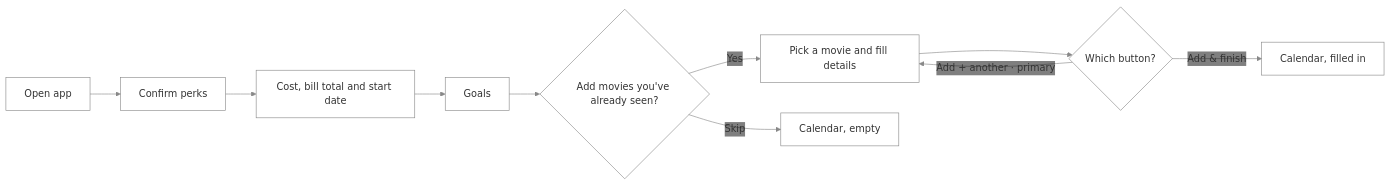
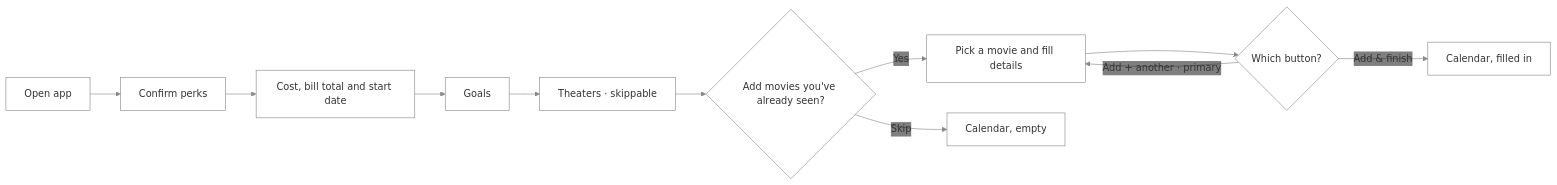
Diagram 19 of 25 in src/apps/a-list/UX.md (NovaMoonX/moondreams-dev-apps), drawn with Mermaid before and after one commit. The commit also changed other lines of this file and 34 other files, not shown here.

````diff
--- a/src/apps/a-list/UX.md
+++ b/src/apps/a-list/UX.md
@@ -604,10 +605,10 @@
 ```mermaid
 %%{init: {'theme': 'base', 'themeVariables': {'primaryColor': 'transparent', 'clusterBkg': 'transparent', 'primaryBorderColor': '#888888', 'clusterBorder': '#888888', 'lineColor': '#888888', 'primaryTextColor': '#333333'}}}%%
 flowchart LR
-    A[Open app] --> B[Confirm perks] --> C["Cost, bill total and start date"] --> D[Goals]
-    D --> G{Add movies you've already seen?}
+    A[Open app] --> B[Confirm perks] --> C["Cost, bill total and start date"] --> D[Goals] --> T["Theaters · skippable"]
+    T --> G{Add movies you've already seen?}
     G -->|Yes| H[Pick a movie and fill details] --> I{Which button?}
     I -->|"Add + another" · primary| H
     I -->|Add & finish| J[Calendar, filled in]
     G -->|Skip| K[Calendar, empty]
 ```
````
